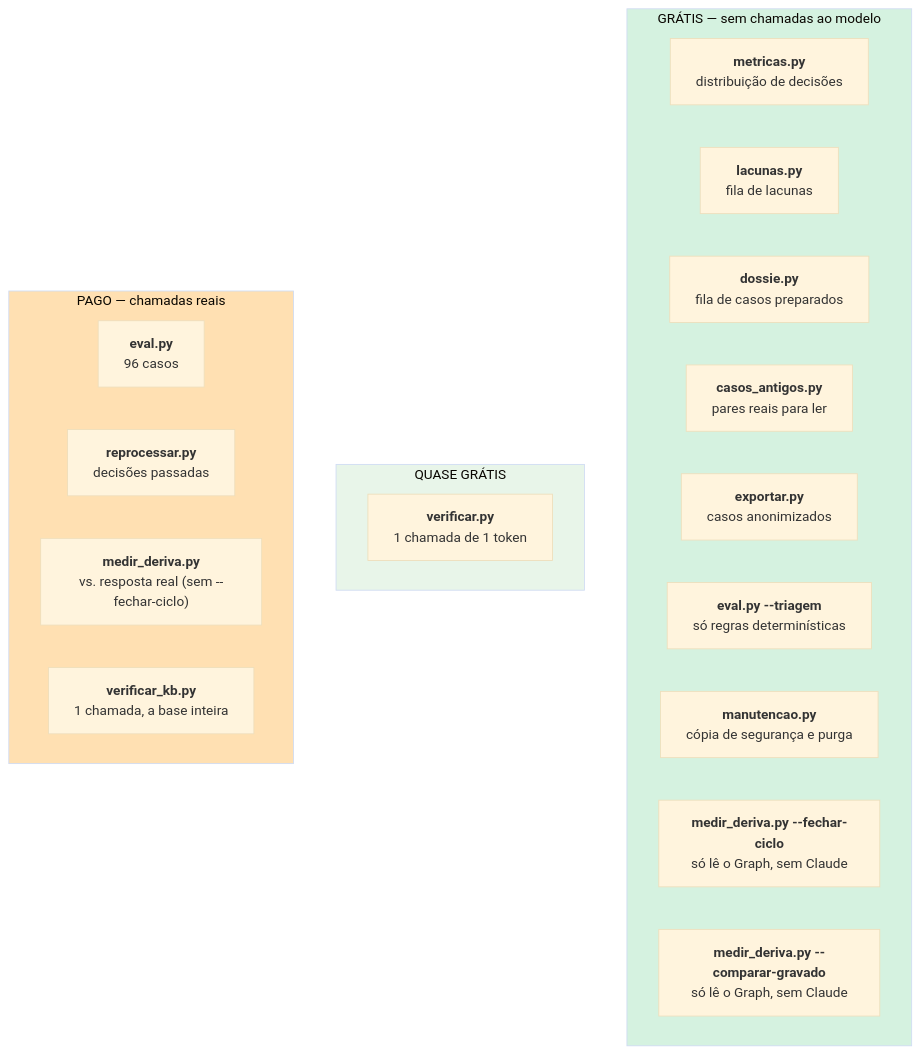
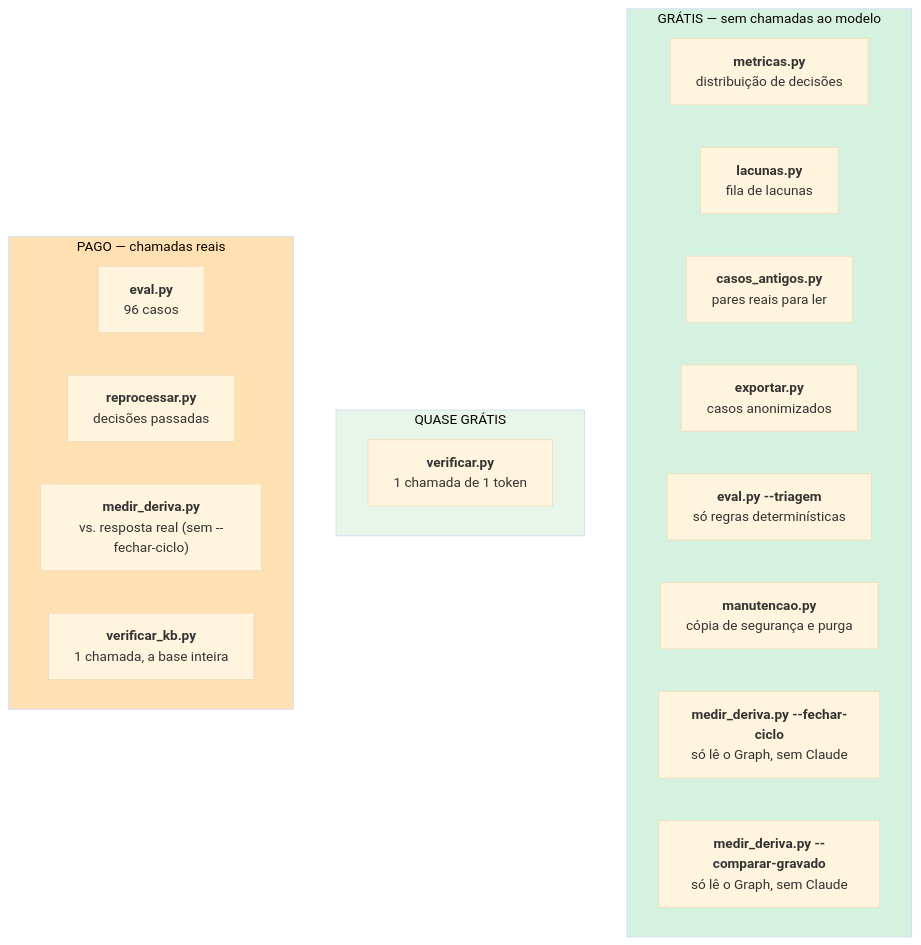
Before and after one commit to joaocarvalhini/Outlook-Reply-Assistant: the diagram in docs/06-engineering/operations.md, drawn with Mermaid (base theme). The commit also changed other lines of this file and 21 other files, not shown here.

````diff
--- a/docs/06-engineering/operations.md
+++ b/docs/06-engineering/operations.md
@@ -23,26 +23,25 @@
 ```mermaid
 flowchart TB
     subgraph G["GRÁTIS — sem chamadas ao modelo"]
         G1["<b>metricas.py</b><br/>distribuição de decisões"]
         G2["<b>lacunas.py</b><br/>fila de lacunas"]
-        G3["<b>dossie.py</b><br/>fila de casos preparados"]
         G4["<b>casos_antigos.py</b><br/>pares reais para ler"]
         G5["<b>exportar.py</b><br/>casos anonimizados"]
         G6["<b>eval.py --triagem</b><br/>só regras determinísticas"]
         G7["<b>manutencao.py</b><br/>cópia de segurança e purga"]
         G8["<b>medir_deriva.py --fechar-ciclo</b><br/>só lê o Graph, sem Claude"]
         G9["<b>medir_deriva.py --comparar-gravado</b><br/>só lê o Graph, sem Claude"]
     end
     subgraph Q["QUASE GRÁTIS"]
         Q1["<b>verificar.py</b><br/>1 chamada de 1 token"]
     end
     subgraph P["PAGO — chamadas reais"]
         P1["<b>eval.py</b><br/>96 casos"]
         P2["<b>reprocessar.py</b><br/>decisões passadas"]
         P3["<b>medir_deriva.py</b><br/>vs. resposta real (sem --fechar-ciclo)"]
         P4["<b>verificar_kb.py</b><br/>1 chamada, a base inteira"]
     end
     style G fill:#d5f2e0
     style Q fill:#e8f5e9
     style P fill:#ffe0b2
 ```
````
